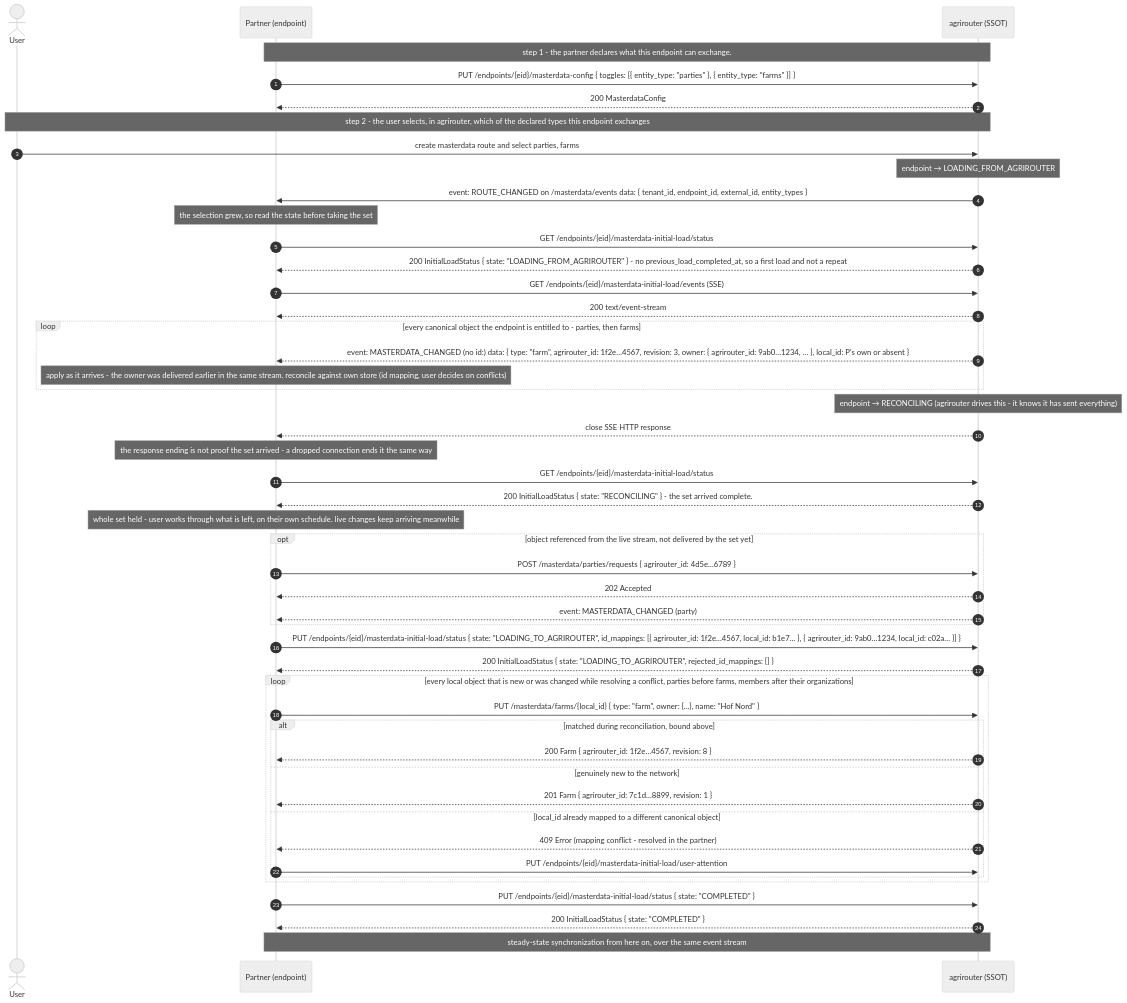
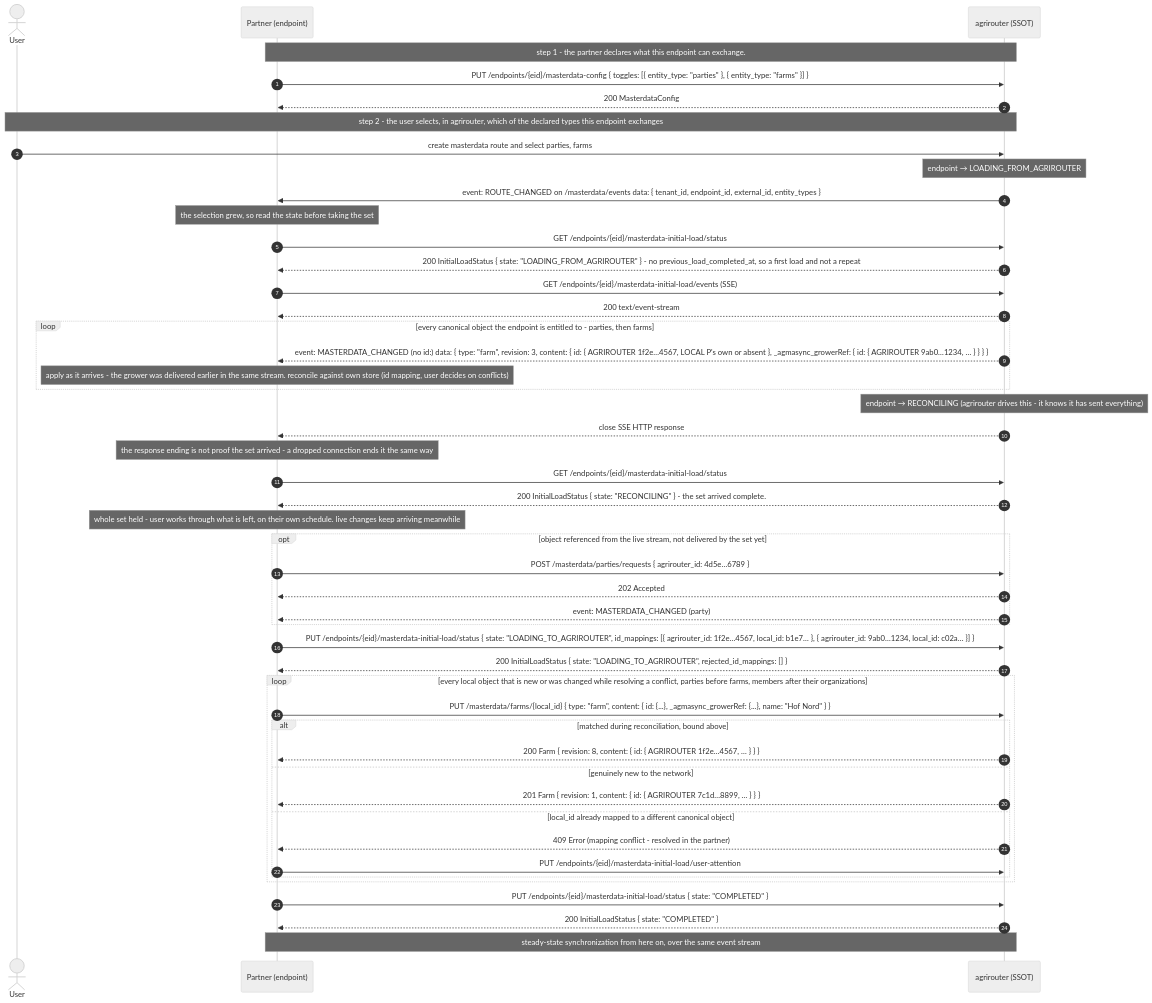
The second of 3 diagrams in architecture/06-initial-load.md (DKE-Data/masterdata-sync-working-group), drawn with Mermaid (neutral theme) before and after one commit. The commit also changed 11 other files, not shown here.

````diff
--- a/architecture/06-initial-load.md
+++ b/architecture/06-initial-load.md
@@ -93,56 +93,56 @@
 ```mermaid
 %% ceasg:{"id":"8xpvwi5e"} %%
 sequenceDiagram
     autonumber
     actor U as User
     participant P as Partner (endpoint)
     participant AR as agrirouter (SSOT)
 
     Note over P,AR: step 1 - the partner declares what this endpoint can exchange.
     P->>AR: PUT /endpoints/{eid}/masterdata-config { toggles: [{ entity_type: "parties" }, { entity_type: "farms" }] }
     AR-->>P: 200 MasterdataConfig
     Note over U,AR: step 2 - the user selects, in agrirouter, which of the declared types this endpoint exchanges
     U->>AR: create masterdata route and select parties, farms
     Note over AR: endpoint → LOADING_FROM_AGRIROUTER
     AR->>P: event: ROUTE_CHANGED on /masterdata/events data: { tenant_id, endpoint_id, external_id, entity_types }
 
     Note over P: the selection grew, so read the state before taking the set
     P->>AR: GET /endpoints/{eid}/masterdata-initial-load/status
     AR-->>P: 200 InitialLoadStatus { state: "LOADING_FROM_AGRIROUTER" } - no previous_load_completed_at, so a first load and not a repeat
     P->>AR: GET /endpoints/{eid}/masterdata-initial-load/events (SSE)
     AR-->>P: 200 text/event-stream
     loop every canonical object the endpoint is entitled to - parties, then farms
-        AR-->>P: event: MASTERDATA_CHANGED (no id:) data: { type: "farm", agrirouter_id: 1f2e…4567, revision: 3, owner: { agrirouter_id: 9ab0…1234, … }, local_id: P's own or absent }
-        Note over P: apply as it arrives - the owner was delivered earlier in the same stream. reconcile against own store (id mapping, user decides on conflicts)
+        AR-->>P: event: MASTERDATA_CHANGED (no id:) data: { type: "farm", revision: 3, content: { id: { AGRIROUTER 1f2e…4567, LOCAL P's own or absent }, _agmasync_growerRef: { id: { AGRIROUTER 9ab0…1234, … } } } }
+        Note over P: apply as it arrives - the grower was delivered earlier in the same stream. reconcile against own store (id mapping, user decides on conflicts)
     end
     Note over AR: endpoint → RECONCILING (agrirouter drives this - it knows it has sent everything)
     AR-->>P: close SSE HTTP response
     Note over P: the response ending is not proof the set arrived - a dropped connection ends it the same way
     P->>AR: GET /endpoints/{eid}/masterdata-initial-load/status
     AR-->>P: 200 InitialLoadStatus { state: "RECONCILING" } - the set arrived complete.
     Note over P: whole set held - user works through what is left, on their own schedule. live changes keep arriving meanwhile
     opt object referenced from the live stream, not delivered by the set yet
         P->>AR: POST /masterdata/parties/requests { agrirouter_id: 4d5e…6789 }
         AR-->>P: 202 Accepted
         AR-->>P: event: MASTERDATA_CHANGED (party)
     end
 
     P->>AR: PUT /endpoints/{eid}/masterdata-initial-load/status { state: "LOADING_TO_AGRIROUTER", id_mappings: [{ agrirouter_id: 1f2e…4567, local_id: b1e7… }, { agrirouter_id: 9ab0…1234, local_id: c02a… }] }
     AR-->>P: 200 InitialLoadStatus { state: "LOADING_TO_AGRIROUTER", rejected_id_mappings: [] }
 
     loop every local object that is new or was changed while resolving a conflict, parties before farms, members after their organizations
-        P->>AR: PUT /masterdata/farms/{local_id} { type: "farm", owner: {...}, name: "Hof Nord" }
+        P->>AR: PUT /masterdata/farms/{local_id} { type: "farm", content: { id: {...}, _agmasync_growerRef: {...}, name: "Hof Nord" } }
         alt matched during reconciliation, bound above
-            AR-->>P: 200 Farm { agrirouter_id: 1f2e…4567, revision: 8 }
+            AR-->>P: 200 Farm { revision: 8, content: { id: { AGRIROUTER 1f2e…4567, … } } }
         else genuinely new to the network
-            AR-->>P: 201 Farm { agrirouter_id: 7c1d…8899, revision: 1 }
+            AR-->>P: 201 Farm { revision: 1, content: { id: { AGRIROUTER 7c1d…8899, … } } }
         else local_id already mapped to a different canonical object
             AR-->>P: 409 Error (mapping conflict - resolved in the partner)
             P->>AR: PUT /endpoints/{eid}/masterdata-initial-load/user-attention
         end
     end
 
     P->>AR: PUT /endpoints/{eid}/masterdata-initial-load/status { state: "COMPLETED" }
     AR-->>P: 200 InitialLoadStatus { state: "COMPLETED" }
     Note over P,AR: steady-state synchronization from here on, over the same event stream
 ```
````
